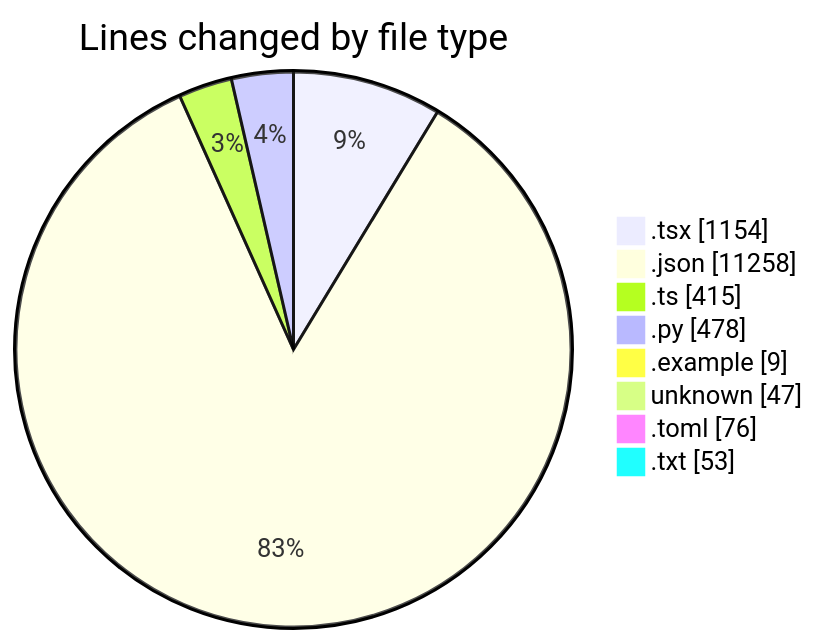
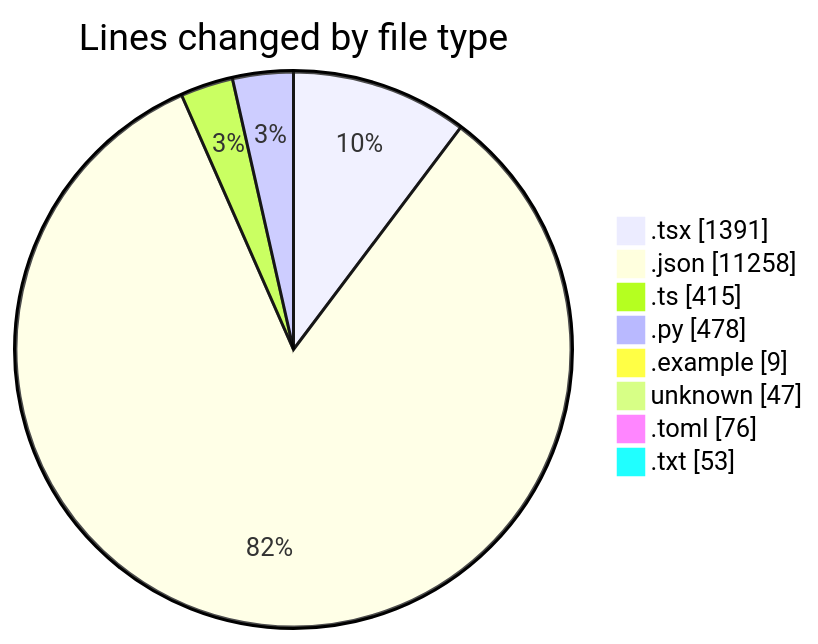
One commit to Elitesun/code-tracking changed the first of 2 diagrams in 2025-04-30/niten/README.md. Above: the diagram before and after it, drawn with Mermaid. The commit also changed other lines of this file and 1 other file, not shown here.

````diff
--- a/2025-04-30/niten/README.md
+++ b/2025-04-30/niten/README.md
@@ -60,12 +63,12 @@
 ```mermaid
 pie showData
 title Lines changed by file type
-".tsx" : 1154
+".tsx" : 1391
 ".json" : 11258
 ".ts" : 415
 ".py" : 478
 ".example" : 9
 "unknown" : 47
 ".toml" : 76
 ".txt" : 53
 ```
````
